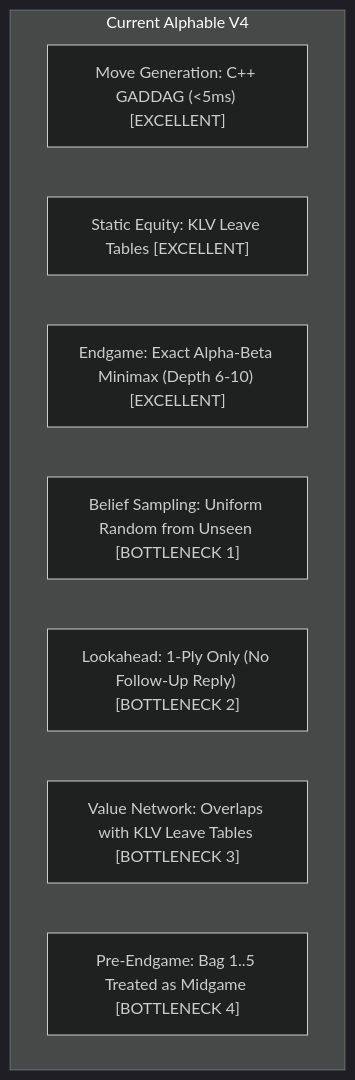
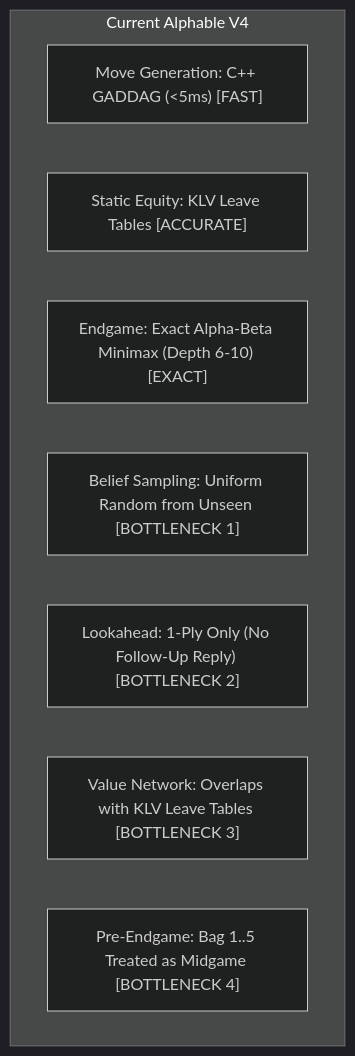
The diagram in docs/RESEARCH_AND_BRAINSTORMING_BREAKTHROUGH.md (targed/Alphable), drawn with Mermaid (dark theme) before and after one commit. The commit also changed other lines of this file and 16 other files, not shown here.

````diff
--- a/docs/RESEARCH_AND_BRAINSTORMING_BREAKTHROUGH.md
+++ b/docs/RESEARCH_AND_BRAINSTORMING_BREAKTHROUGH.md
@@ -66,13 +65,13 @@
 ```mermaid
 graph TD
     subgraph Current Alphable V4
-        M1["Move Generation: C++ GADDAG (<5ms) [EXCELLENT]"]
-        M2["Static Equity: KLV Leave Tables [EXCELLENT]"]
-        M3["Endgame: Exact Alpha-Beta Minimax (Depth 6-10) [EXCELLENT]"]
+        M1["Move Generation: C++ GADDAG (<5ms) [FAST]"]
+        M2["Static Equity: KLV Leave Tables [ACCURATE]"]
+        M3["Endgame: Exact Alpha-Beta Minimax (Depth 6-10) [EXACT]"]
         
         B1["Belief Sampling: Uniform Random from Unseen [BOTTLENECK 1]"]
         B2["Lookahead: 1-Ply Only (No Follow-Up Reply) [BOTTLENECK 2]"]
         B3["Value Network: Overlaps with KLV Leave Tables [BOTTLENECK 3]"]
         B4["Pre-Endgame: Bag 1..5 Treated as Midgame [BOTTLENECK 4]"]
     end
 ```
````
